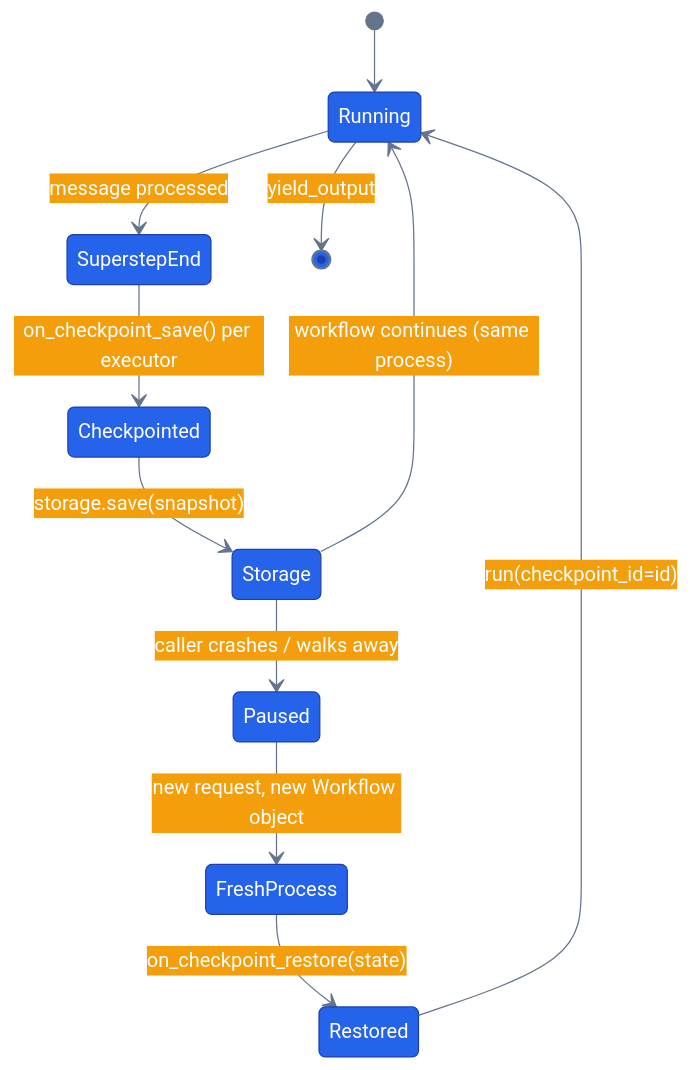
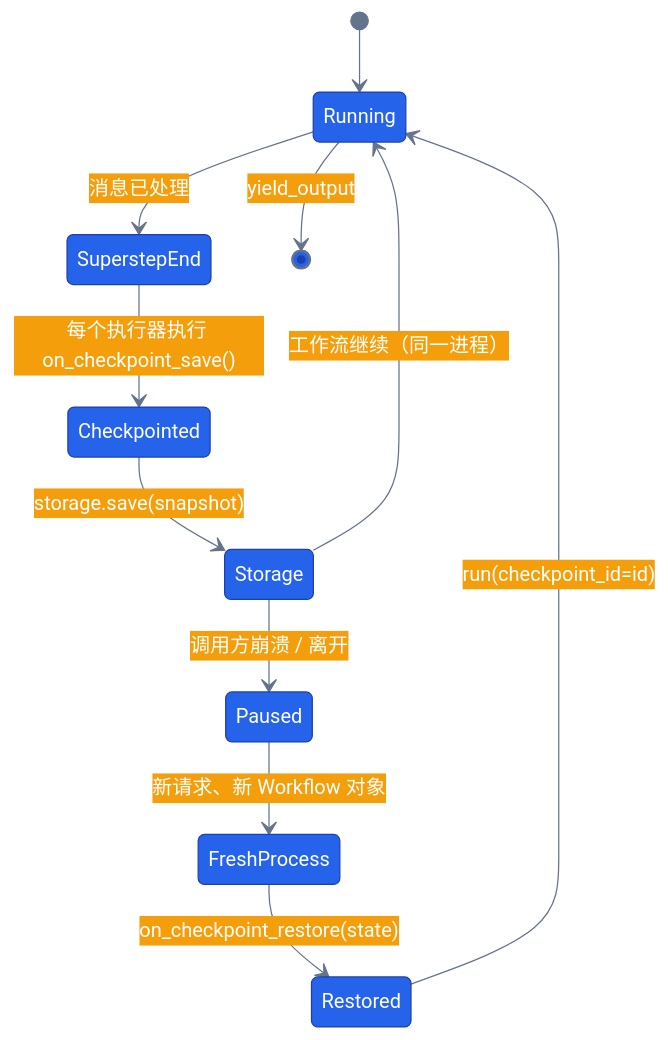
The diagram in tutorials/18-state-and-checkpoints/README.md (s1encisi/reliable-commerce-agents), drawn with Mermaid before and after one commit. The commit also changed other lines of this file and 1033 other files, not shown here.

````diff
--- a/tutorials/18-state-and-checkpoints/README.md
+++ b/tutorials/18-state-and-checkpoints/README.md
@@ -20,21 +22,21 @@
 ```mermaid
 %%{init: {'theme':'base', 'themeVariables': {
   'primaryColor': '#2563eb','primaryTextColor': '#ffffff','primaryBorderColor': '#1e40af',
   'lineColor': '#64748b','secondaryColor': '#f59e0b','tertiaryColor': '#10b981',
   'background': 'transparent'}}}%%
 stateDiagram-v2
   classDef core fill:#2563eb,stroke:#1e40af,color:#ffffff
   classDef infra fill:#64748b,stroke:#334155,color:#ffffff
   classDef success fill:#10b981,stroke:#047857,color:#ffffff
 
   [*] --> Running
-  Running --> SuperstepEnd: message processed
-  SuperstepEnd --> Checkpointed: on_checkpoint_save() per executor
+  Running --> SuperstepEnd: 消息已处理
+  SuperstepEnd --> Checkpointed: 每个执行器执行 on_checkpoint_save()
   Checkpointed --> Storage: storage.save(snapshot)
-  Storage --> Running: workflow continues (same process)
-  Storage --> Paused: caller crashes / walks away
-  Paused --> FreshProcess: new request, new Workflow object
+  Storage --> Running: 工作流继续（同一进程）
+  Storage --> Paused: 调用方崩溃 / 离开
+  Paused --> FreshProcess: 新请求、新 Workflow 对象
   FreshProcess --> Restored: on_checkpoint_restore(state)
   Restored --> Running: run(checkpoint_id=id)
   Running --> [*]: yield_output
 ```
````
